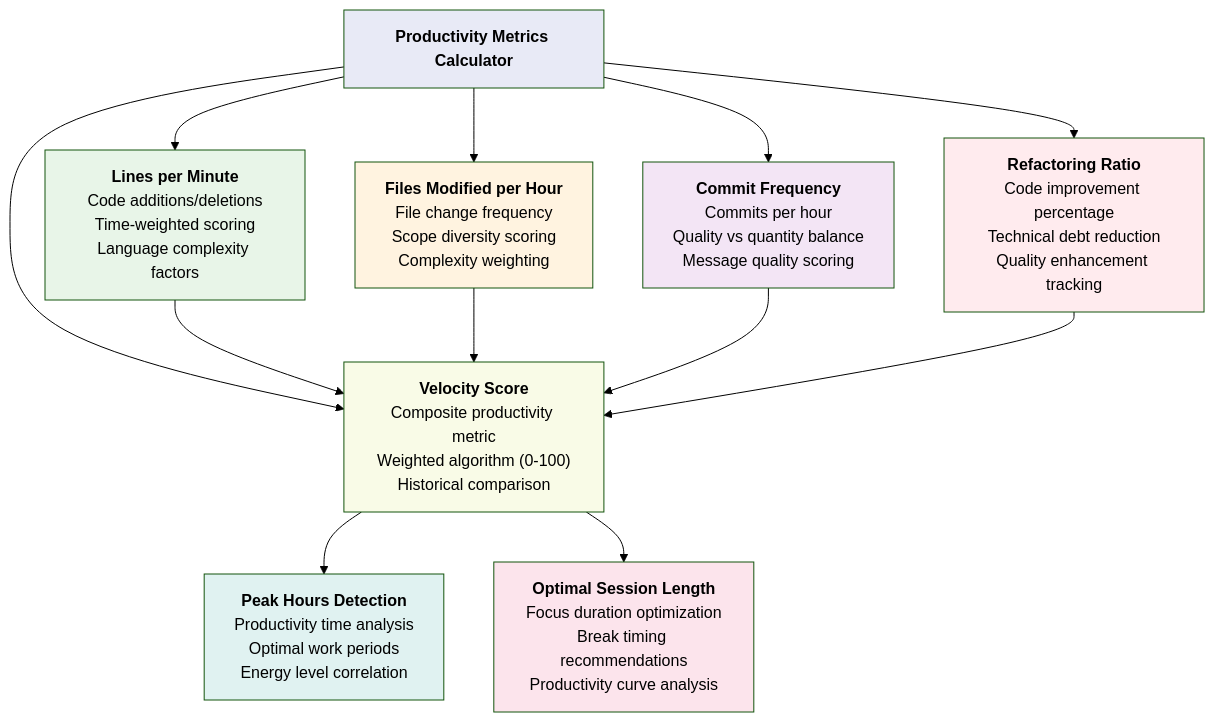
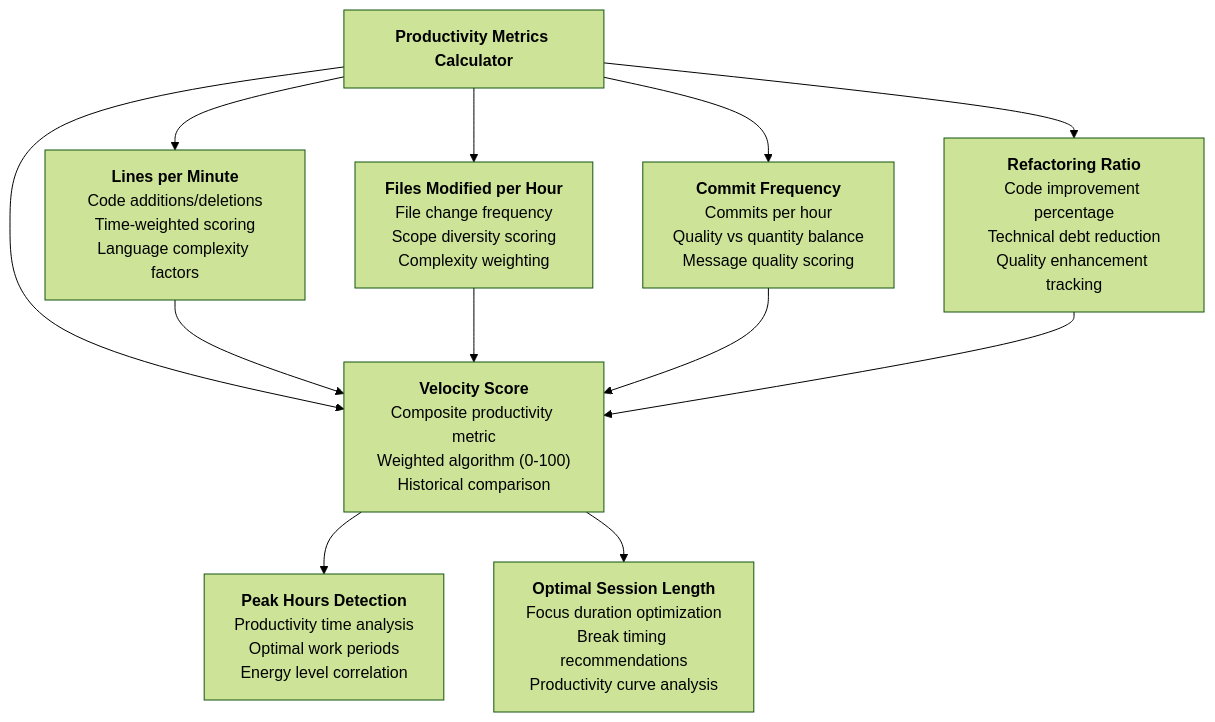
Before and after one commit to geogoesbeepboop/mastro: the third of 9 diagrams in docs/diagrams/mastro-analytics-flow.md, drawn with Mermaid (forest theme). The commit also changed other lines of this file and 5 other files, not shown here.

First line of the commit message:
docs: update analytics and flow diagrams for clarity

````diff
--- a/docs/diagrams/mastro-analytics-flow.md
+++ b/docs/diagrams/mastro-analytics-flow.md
@@ -150,51 +154,53 @@
 ```mermaid
+
 flowchart TD
     PMC["`**Productivity Metrics Calculator**`"] --> LPM["`**Lines per Minute**
     Code additions/deletions
     Time-weighted scoring
     Language complexity factors`"]
     
     PMC --> FMH["`**Files Modified per Hour**
     File change frequency
     Scope diversity scoring
     Complexity weighting`"]
     
     PMC --> CF["`**Commit Frequency**
     Commits per hour
     Quality vs quantity balance
     Message quality scoring`"]
     
     PMC --> RR["`**Refactoring Ratio**
     Code improvement percentage
     Technical debt reduction
     Quality enhancement tracking`"]
     
     PMC --> VS["`**Velocity Score**
     Composite productivity metric
     Weighted algorithm (0-100)
     Historical comparison`"]
     
     LPM --> VS
     FMH --> VS
     CF --> VS
     RR --> VS
     
     VS --> PH["`**Peak Hours Detection**
     Productivity time analysis
     Optimal work periods
     Energy level correlation`"]
     
     VS --> OSL["`**Optimal Session Length**
     Focus duration optimization
     Break timing recommendations
     Productivity curve analysis`"]
 
-    style PMC fill:#e8eaf6
-    style LPM fill:#e8f5e8
-    style FMH fill:#fff3e0
-    style CF fill:#f3e5f5
-    style RR fill:#ffebee
-    style VS fill:#f9fbe7
-    style PH fill:#e0f2f1
-    style OSL fill:#fce4ec
+    style PMC fill:#e8eaf6 color:#000000
+    style LPM fill:#e8f5e8 color:#000000
+    style FMH fill:#fff3e0 color:#000000
+    style CF fill:#f3e5f5 color:#000000
+    style RR fill:#ffebee color:#000000
+    style VS fill:#f9fbe7 color:#000000
+    style PH fill:#e0f2f1 color:#000000
+    style OSL fill:#fce4ec color:#000000
+
 ```
````
